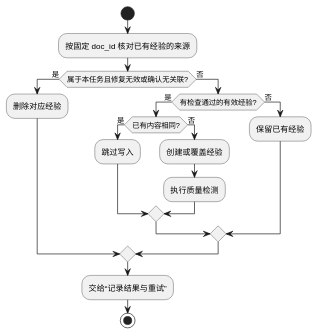
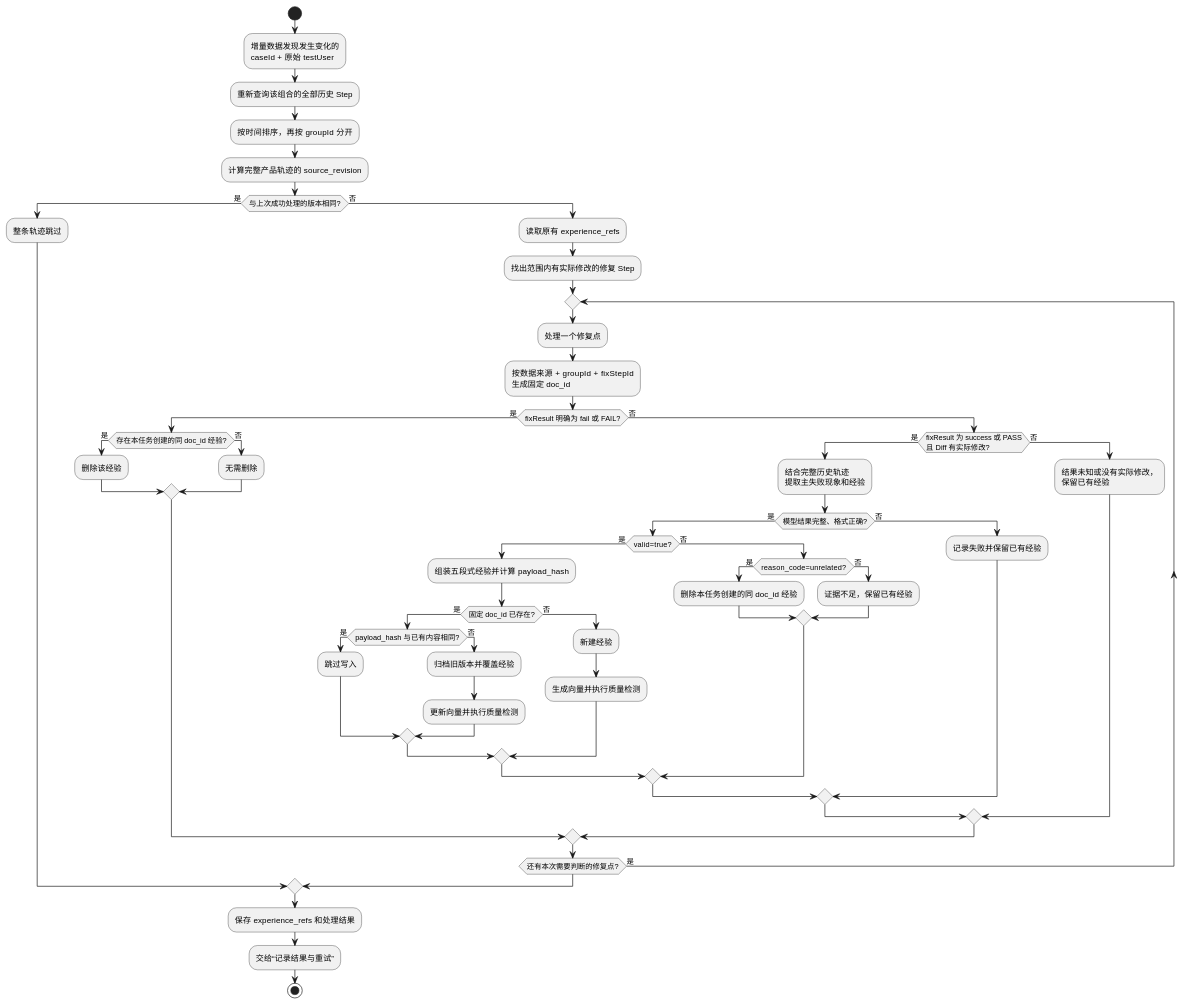
Before and after one commit to yf990848-droid/experience: diagram 12 of 15 in docs/调测轨迹经验提取设计文档.md, drawn with PlantUML. The commit also changed other lines of this file, not shown here.

Commit message:
docs: clarify experience sync decision flow

````diff
--- a/docs/调测轨迹经验提取设计文档.md
+++ b/docs/调测轨迹经验提取设计文档.md
@@ -541,22 +543,64 @@
 ```plantuml
 @startuml
 start
-:按固定 doc_id 核对已有经验的来源;
-if (属于本任务且修复无效或确认无关联?) then (是)
-  :删除对应经验;
+:增量数据发现发生变化的\ncaseId + 原始 testUser;
+:重新查询该组合的全部历史 Step;
+:按时间排序，再按 groupId 分开;
+:计算完整产品轨迹的 source_revision;
+
+if (与上次成功处理的版本相同?) then (是)
+  :整条轨迹跳过;
 else (否)
-  if (有检查通过的有效经验?) then (是)
-    if (已有内容相同?) then (是)
-      :跳过写入;
+  :读取原有 experience_refs;
+  :找出范围内有实际修改的修复 Step;
+
+  repeat
+    :处理一个修复点;
+    :按数据来源 + groupId + fixStepId\n生成固定 doc_id;
+
+    if (fixResult 明确为 fail 或 FAIL?) then (是)
+      if (存在本任务创建的同 doc_id 经验?) then (是)
+        :删除该经验;
+      else (否)
+        :无需删除;
+      endif
     else (否)
-      :创建或覆盖经验;
-      :执行质量检测;
+      if (fixResult 为 success 或 PASS\n且 Diff 有实际修改?) then (是)
+        :结合完整历史轨迹\n提取主失败现象和经验;
+
+        if (模型结果完整、格式正确?) then (是)
+          if (valid=true?) then (是)
+            :组装五段式经验并计算 payload_hash;
+            if (固定 doc_id 已存在?) then (是)
+              if (payload_hash 与已有内容相同?) then (是)
+                :跳过写入;
+              else (否)
+                :归档旧版本并覆盖经验;
+                :更新向量并执行质量检测;
+              endif
+            else (否)
+              :新建经验;
+              :生成向量并执行质量检测;
+            endif
+          else (否)
+            if (reason_code=unrelated?) then (是)
+              :删除本任务创建的同 doc_id 经验;
+            else (否)
+              :证据不足，保留已有经验;
+            endif
+          endif
+        else (否)
+          :记录失败并保留已有经验;
+        endif
+      else (否)
+        :结果未知或没有实际修改，\n保留已有经验;
+      endif
     endif
-  else (否)
-    :保留已有经验;
-  endif
+  repeat while (还有本次需要判断的修复点?) is (是)
 endif
+
+:保存 experience_refs 和处理结果;
 :交给“记录结果与重试”;
 stop
 @enduml
 ```
````
